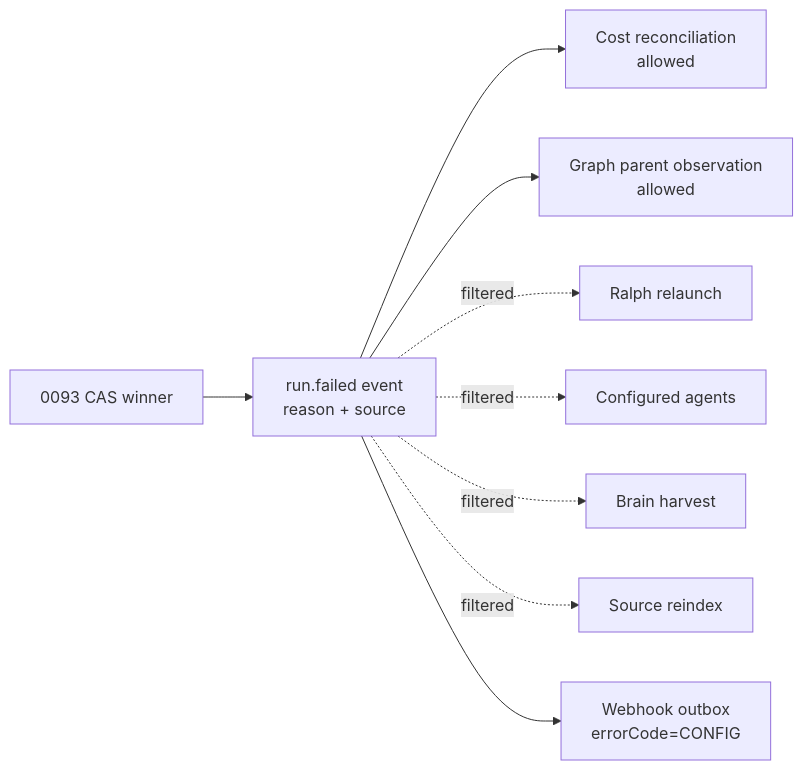
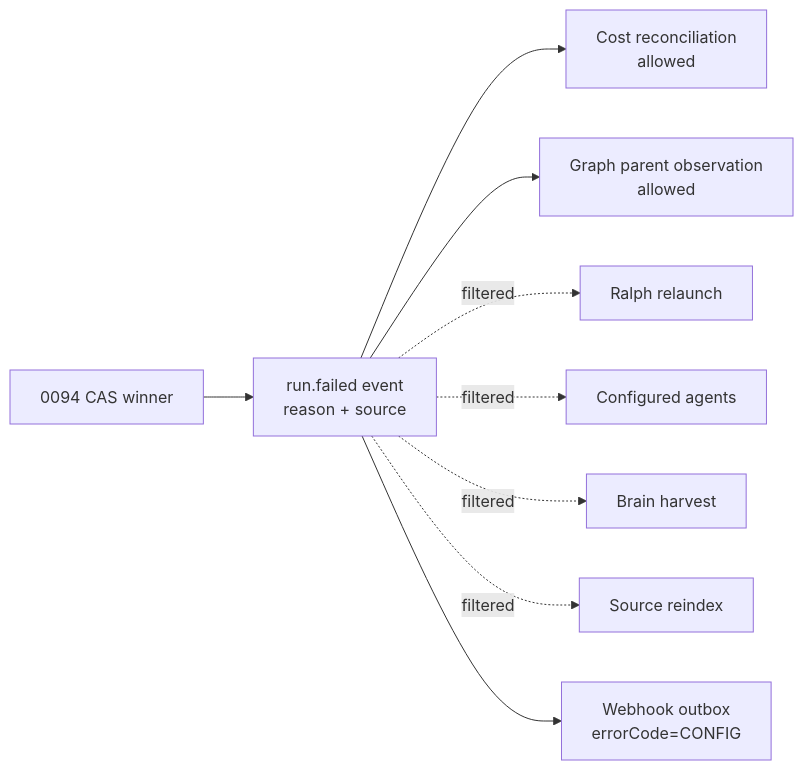
One commit to maister-dev/maister changed the first of 4 diagrams in .ai-factory/specs/feature-postgres-graph-only-cutover.md. Above: the diagram before and after it, drawn with Mermaid. The commit also changed other lines of this file and 18 other files, not shown here.

Commit message:
docs(m43): reconcile graph-only cutover guidance

````diff
--- a/.ai-factory/specs/feature-postgres-graph-only-cutover.md
+++ b/.ai-factory/specs/feature-postgres-graph-only-cutover.md
@@ -172,11 +172,11 @@
 ```mermaid
 flowchart LR
-  M["0093 CAS winner"] --> E["run.failed event\nreason + source"]
+  M["0094 CAS winner"] --> E["run.failed event\nreason + source"]
   E --> C["Cost reconciliation\nallowed"]
   E --> P["Graph parent observation\nallowed"]
   E -. filtered .-> R["Ralph relaunch"]
   E -. filtered .-> A["Configured agents"]
   E -. filtered .-> B["Brain harvest"]
   E -. filtered .-> I["Source reindex"]
   E --> W["Webhook outbox\nerrorCode=CONFIG"]
 ```
````
